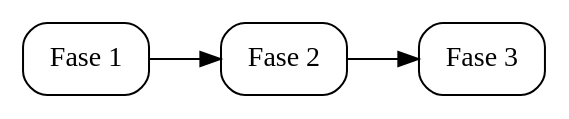
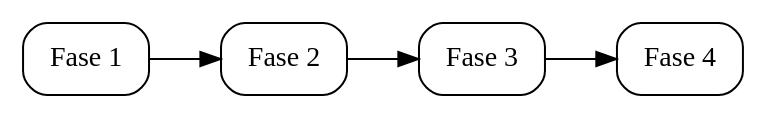
The diagram in docs/dominios/professores/ordem_carga.md (prefeiturasp/SME-IntegracaoEOL-MS-ETL), drawn with Graphviz before and after one commit. The commit also changed other lines of this file and 11 other files, not shown here.

````diff
--- a/docs/dominios/professores/ordem_carga.md
+++ b/docs/dominios/professores/ordem_carga.md
@@ -28,12 +31,13 @@
 ```{graphviz}
 digraph G {
     rankdir=LR;
     node [shape=box, style="rounded"];
 
     F1 [label="Fase 1"];
     F2 [label="Fase 2"];
     F3 [label="Fase 3"];
+    F4 [label="Fase 4"];
 
-    F1 -> F2 -> F3;
+    F1 -> F2 -> F3 -> F4;
 }
 ```
````
